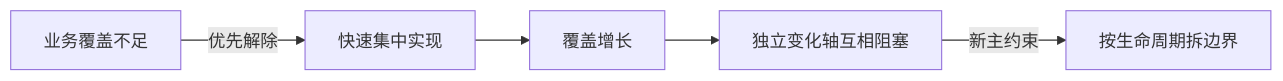
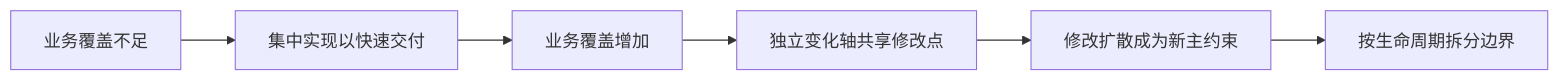
One commit to wjy801/llm_api_case changed diagram 20 of 20 in course/DAY01_EVOLUTION_PROBLEM_MAP.md. Above: the diagram before and after it, drawn with Mermaid. The commit also changed other lines of this file, not shown here.

````diff
--- a/course/DAY01_EVOLUTION_PROBLEM_MAP.md
+++ b/course/DAY01_EVOLUTION_PROBLEM_MAP.md
@@ -670,7 +568,8 @@
 ```mermaid
 flowchart LR
-    A[业务覆盖不足] -->|优先解除| B[快速集中实现]
-    B --> C[覆盖增长]
-    C --> D[独立变化轴互相阻塞]
-    D -->|新主约束| E[按生命周期拆边界]
+    A["业务覆盖不足"] --> B["集中实现以快速交付"]
+    B --> C["业务覆盖增加"]
+    C --> D["独立变化轴共享修改点"]
+    D --> E["修改扩散成为新主约束"]
+    E --> F["按生命周期拆分边界"]
 ```
````
